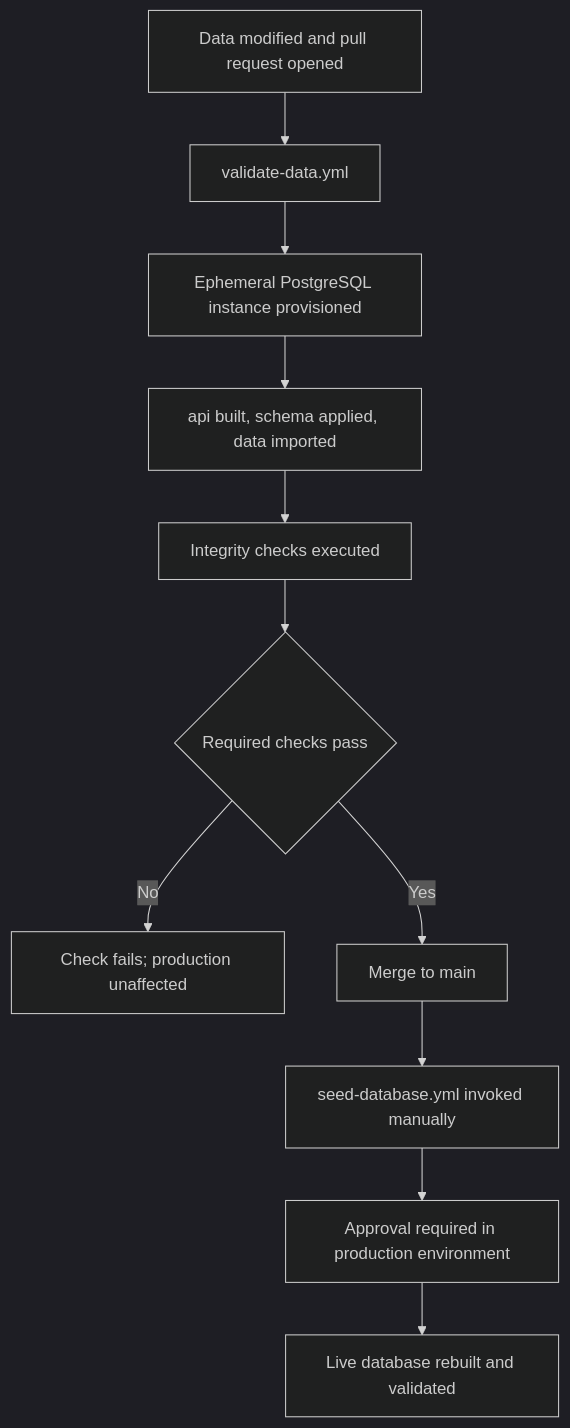
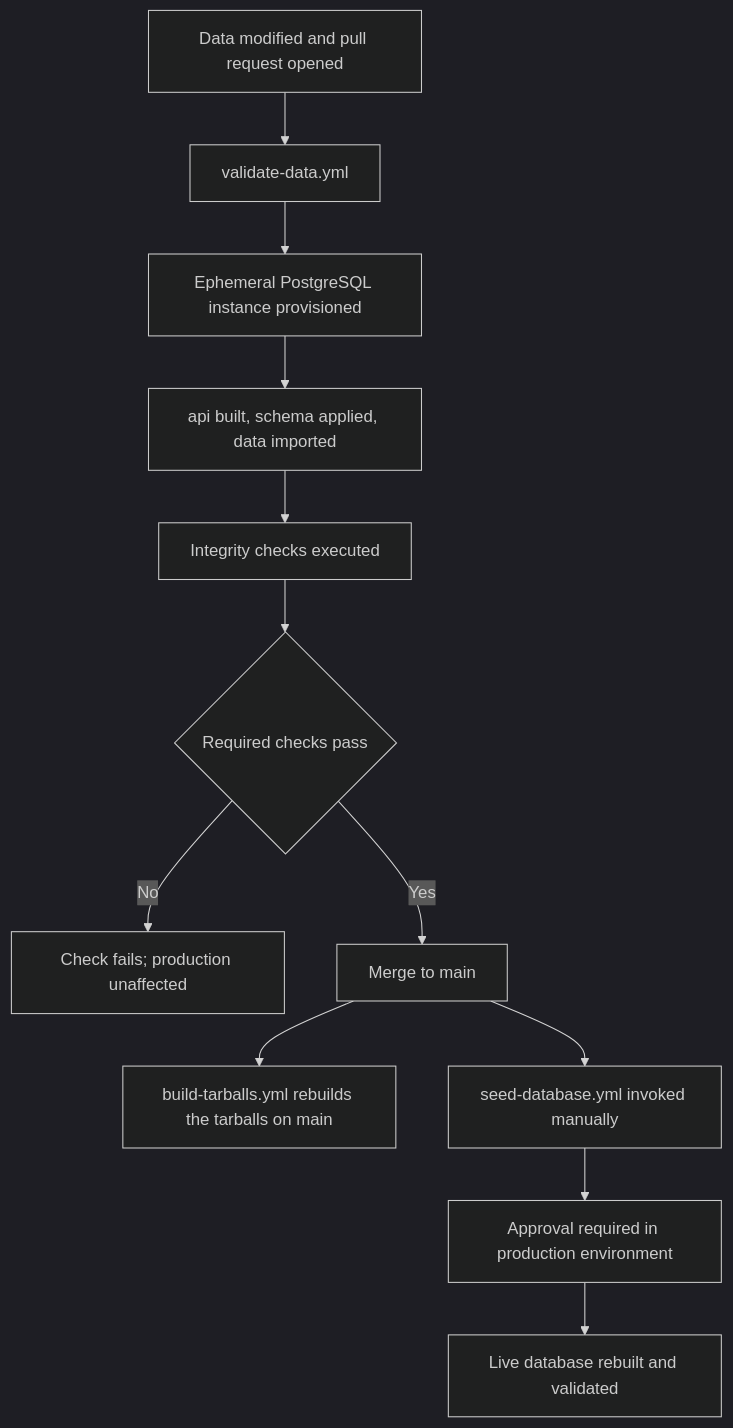
The diagram in .github/workflows/README.md (anyonwiki/AnyonWikiDatabase), drawn with Mermaid (dark theme) before and after one commit. The commit also changed other lines of this file and 3 other files, not shown here.

First line of the commit message:
Rebuild tarballs on main instead of in pull requests

````diff
--- a/.github/workflows/README.md
+++ b/.github/workflows/README.md
@@ -16,13 +17,14 @@
 ```mermaid
 flowchart TD
     A["Data modified and pull request opened"] --> B["validate-data.yml"]
     B --> C["Ephemeral PostgreSQL instance provisioned"]
     C --> D["api built, schema applied, data imported"]
     D --> E["Integrity checks executed"]
     E --> F{"Required checks pass"}
     F -->|No| G["Check fails; production unaffected"]
     F -->|Yes| H["Merge to main"]
+    H --> T["build-tarballs.yml rebuilds the tarballs on main"]
     H --> I["seed-database.yml invoked manually"]
     I --> J["Approval required in production environment"]
     J --> K["Live database rebuilt and validated"]
 ```
````
